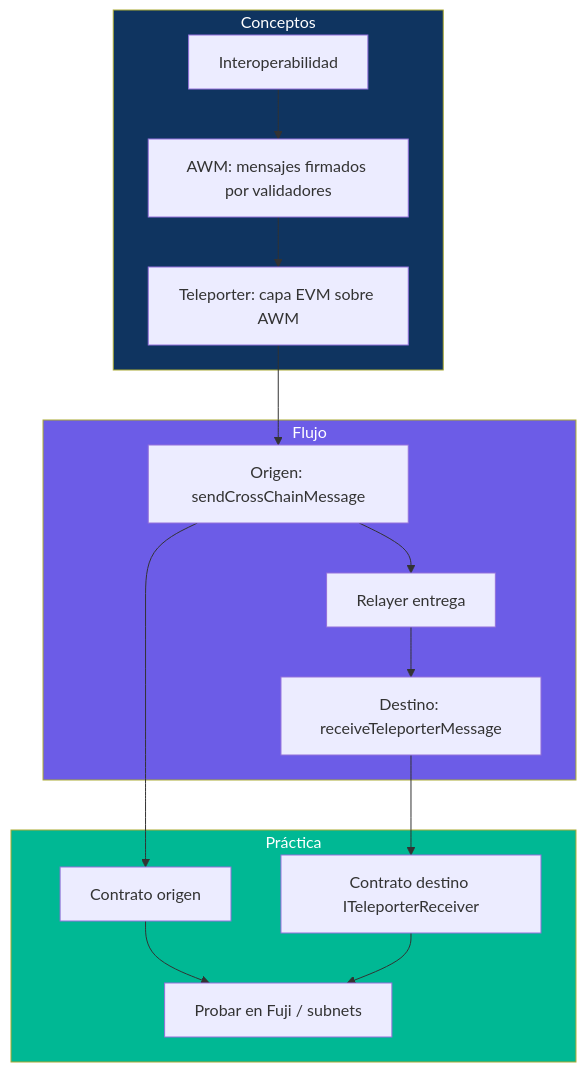
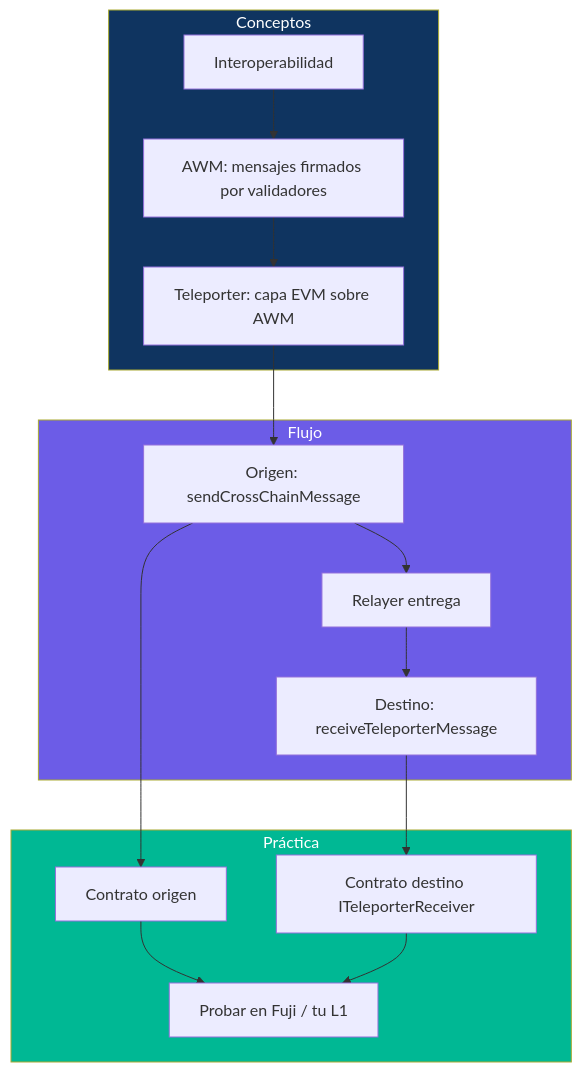
Before and after one commit to MarxMad/Avax-Guide: the eighth of 8 diagrams in semana-2/02-teleporter-awm.md, drawn with Mermaid. The commit also changed other lines of this file and 10 other files, not shown here.

````diff
--- a/semana-2/02-teleporter-awm.md
+++ b/semana-2/02-teleporter-awm.md
@@ -266,31 +266,31 @@
 ```mermaid
 flowchart TB
     subgraph Conceptos["Conceptos"]
         A[Interoperabilidad]
         B[AWM: mensajes firmados por validadores]
         C[Teleporter: capa EVM sobre AWM]
     end
 
     subgraph Flujo["Flujo"]
         D[Origen: sendCrossChainMessage]
         E[Relayer entrega]
         F[Destino: receiveTeleporterMessage]
     end
 
     subgraph Practica["Práctica"]
         G[Contrato origen]
         H[Contrato destino ITeleporterReceiver]
-        I[Probar en Fuji / subnets]
+        I[Probar en Fuji / tu L1]
     end
 
     A --> B --> C
     C --> D --> E --> F
     D --> G
     F --> H
     G --> I
     H --> I
 
     style Conceptos fill:#0f3460,color:#fff
     style Flujo fill:#6c5ce7,color:#fff
     style Practica fill:#00b894,color:#fff
 ```
````
